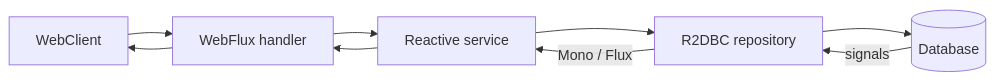
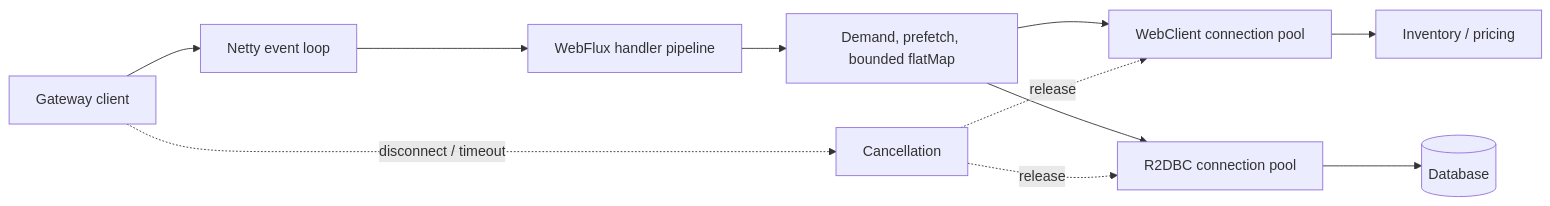
Before and after one commit to taukhir/shopverse: the diagram in documentation/docs/spring/SPRING-REACTIVE.md, drawn with Mermaid. The commit also changed other lines of this file and 4530 other files, not shown here.

Commit message:
Refactor shopverse storefront and refresh UI flows

````diff
--- a/documentation/docs/spring/SPRING-REACTIVE.md
+++ b/documentation/docs/spring/SPRING-REACTIVE.md
@@ -36,8 +50,13 @@
 ```mermaid
 flowchart LR
-    C["WebClient"] --> H["WebFlux handler"]
-    H --> S["Reactive service"]
-    S --> R["R2DBC repository"]
-    R --> DB[("Database")]
-    DB -->|signals| R -->|Mono / Flux| S --> H --> C
+    Client["Gateway client"] --> Loop["Netty event loop"]
+    Loop --> Handler["WebFlux handler pipeline"]
+    Handler --> Demand["Demand, prefetch, bounded flatMap"]
+    Demand --> HTTP["WebClient connection pool"]
+    Demand --> R2DBC["R2DBC connection pool"]
+    HTTP --> Downstream["Inventory / pricing"]
+    R2DBC --> DB[("Database")]
+    Client -. disconnect / timeout .-> Cancel["Cancellation"]
+    Cancel -. release .-> HTTP
+    Cancel -. release .-> R2DBC
 ```
````
